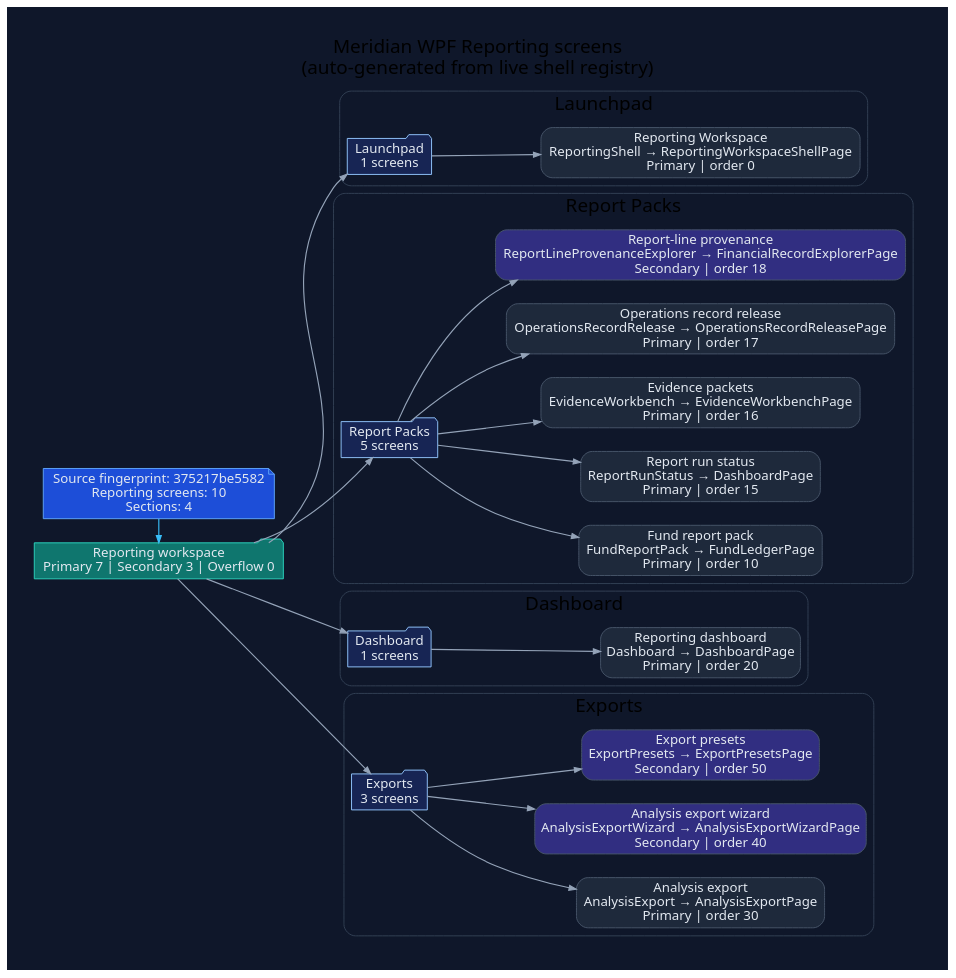
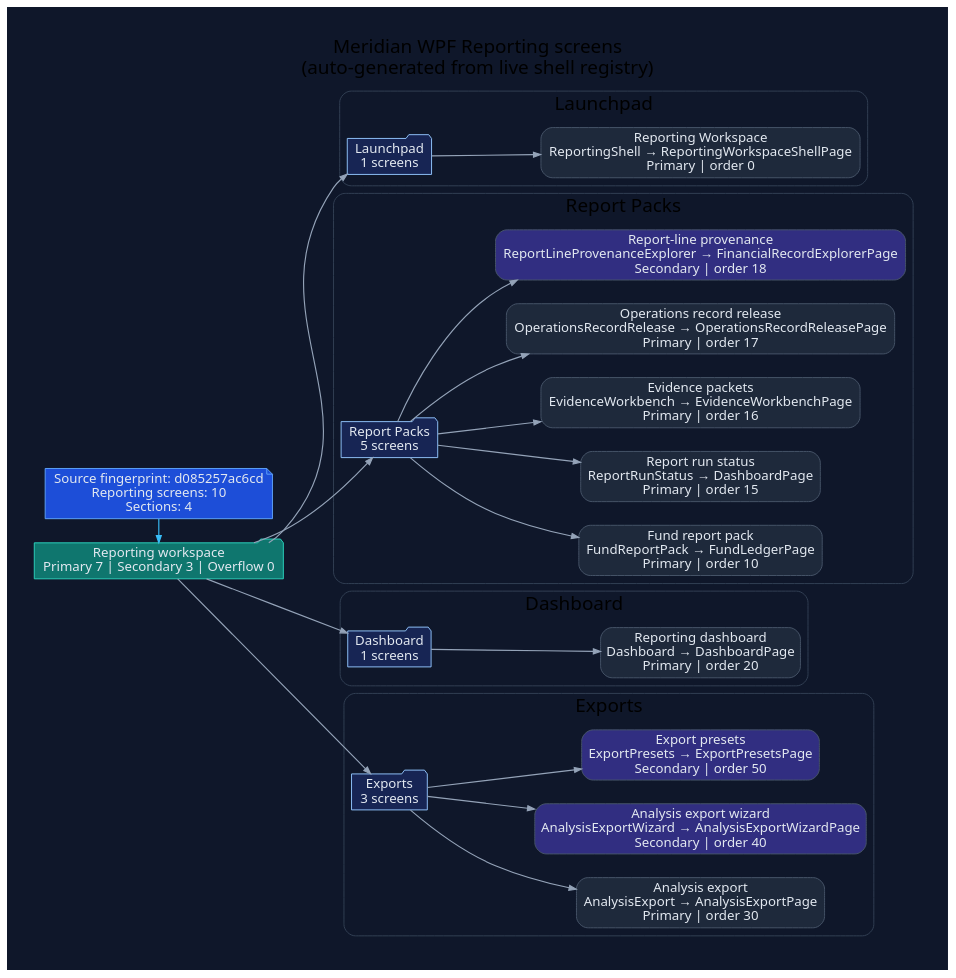
One commit to rodoHasArrived/Meridian-main changed the diagram in docs/diagrams/ui-wpf-screens-reporting.dot. Above: the diagram before and after it, drawn with Graphviz. The commit also changed 191 other files, not shown here.

```diff
--- a/docs/diagrams/ui-wpf-screens-reporting.dot
+++ b/docs/diagrams/ui-wpf-screens-reporting.dot
@@ -1,78 +1,78 @@
 // -----------------------------------------------------------------------------
 // <auto-generated>
 // Generated by scripts/generate-diagrams.mjs.
 // Do not edit this file directly; update the WPF source files instead.
 // -----------------------------------------------------------------------------
 digraph WpfReportingScreens {
   graph [
     rankdir=LR,
     labelloc=t,
     label="Meridian WPF Reporting screens\n(auto-generated from live shell registry)",
     fontname="Segoe UI",
     fontsize=20,
     pad=0.4,
     nodesep=0.35,
     ranksep=0.85,
     bgcolor="#0f172a"
   ];
   node [fontname="Segoe UI", shape=box, style="rounded,filled", color="#475569", fontcolor="#e2e8f0", fillcolor="#1e293b"];
   edge [fontname="Segoe UI", color="#94a3b8", penwidth=1.2, arrowsize=0.75];
 
-  generated [shape=note, fillcolor="#1d4ed8", color="#60a5fa", label="Source fingerprint: 375217be5582\nReporting screens: 10\nSections: 4"];
+  generated [shape=note, fillcolor="#1d4ed8", color="#60a5fa", label="Source fingerprint: d085257ac6cd\nReporting screens: 10\nSections: 4"];
   workspace [shape=folder, fillcolor="#0f766e", color="#2dd4bf", label="Reporting workspace\nPrimary 7 | Secondary 3 | Overflow 0"];
   generated -> workspace [color="#38bdf8"];
 
   subgraph cluster_section_1 {
     label="Launchpad";
     color="#334155";
     style="rounded";
     section_1 [shape=folder, fillcolor="#172554", color="#93c5fd", label="Launchpad\n1 screens"];
     workspace -> section_1;
     screen_ReportingShell [fillcolor="#1e293b", label="Reporting Workspace\nReportingShell → ReportingWorkspaceShellPage\nPrimary | order 0"];
     section_1 -> screen_ReportingShell;
   }
 
   subgraph cluster_section_2 {
     label="Report Packs";
     color="#334155";
     style="rounded";
     section_2 [shape=folder, fillcolor="#172554", color="#93c5fd", label="Report Packs\n5 screens"];
     workspace -> section_2;
     screen_FundReportPack [fillcolor="#1e293b", label="Fund report pack\nFundReportPack → FundLedgerPage\nPrimary | order 10"];
     section_2 -> screen_FundReportPack;
     screen_ReportRunStatus [fillcolor="#1e293b", label="Report run status\nReportRunStatus → DashboardPage\nPrimary | order 15"];
     section_2 -> screen_ReportRunStatus;
     screen_EvidenceWorkbench [fillcolor="#1e293b", label="Evidence packets\nEvidenceWorkbench → EvidenceWorkbenchPage\nPrimary | order 16"];
     section_2 -> screen_EvidenceWorkbench;
     screen_OperationsRecordRelease [fillcolor="#1e293b", label="Operations record release\nOperationsRecordRelease → OperationsRecordReleasePage\nPrimary | order 17"];
     section_2 -> screen_OperationsRecordRelease;
     screen_ReportLineProvenanceExplorer [fillcolor="#312e81", label="Report-line provenance\nReportLineProvenanceExplorer → FinancialRecordExplorerPage\nSecondary | order 18"];
     section_2 -> screen_ReportLineProvenanceExplorer;
   }
 
   subgraph cluster_section_3 {
     label="Dashboard";
     color="#334155";
     style="rounded";
     section_3 [shape=folder, fillcolor="#172554", color="#93c5fd", label="Dashboard\n1 screens"];
     workspace -> section_3;
     screen_Dashboard [fillcolor="#1e293b", label="Reporting dashboard\nDashboard → DashboardPage\nPrimary | order 20"];
     section_3 -> screen_Dashboard;
   }
 
   subgraph cluster_section_4 {
     label="Exports";
     color="#334155";
     style="rounded";
     section_4 [shape=folder, fillcolor="#172554", color="#93c5fd", label="Exports\n3 screens"];
     workspace -> section_4;
     screen_AnalysisExport [fillcolor="#1e293b", label="Analysis export\nAnalysisExport → AnalysisExportPage\nPrimary | order 30"];
     section_4 -> screen_AnalysisExport;
     screen_AnalysisExportWizard [fillcolor="#312e81", label="Analysis export wizard\nAnalysisExportWizard → AnalysisExportWizardPage\nSecondary | order 40"];
     section_4 -> screen_AnalysisExportWizard;
     screen_ExportPresets [fillcolor="#312e81", label="Export presets\nExportPresets → ExportPresetsPage\nSecondary | order 50"];
     section_4 -> screen_ExportPresets;
   }
 
   { rank=min; generated; workspace; }
 }
```
